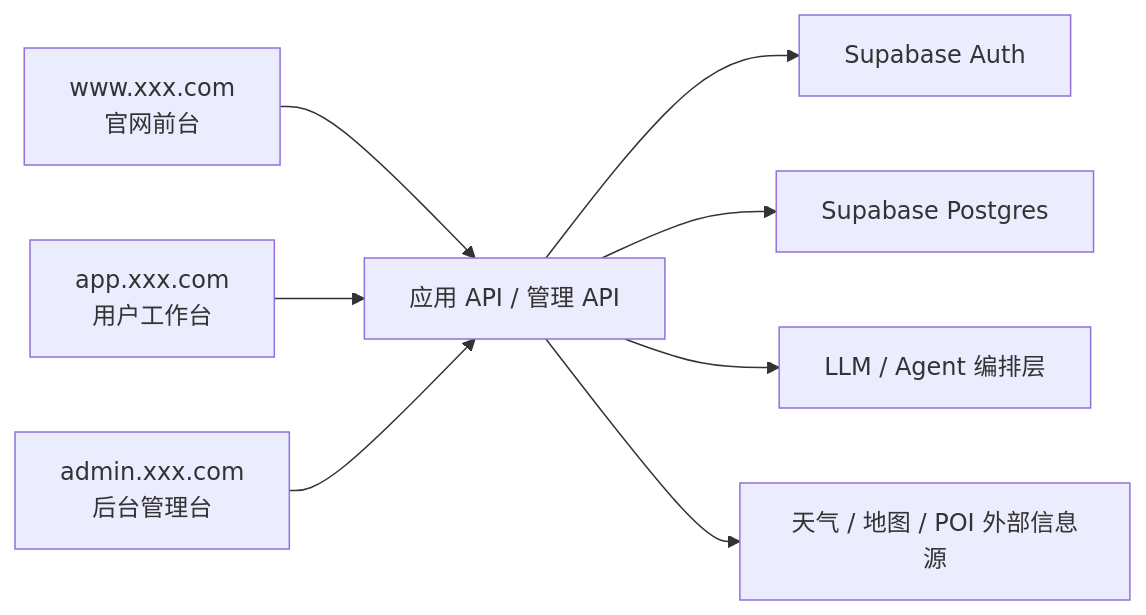
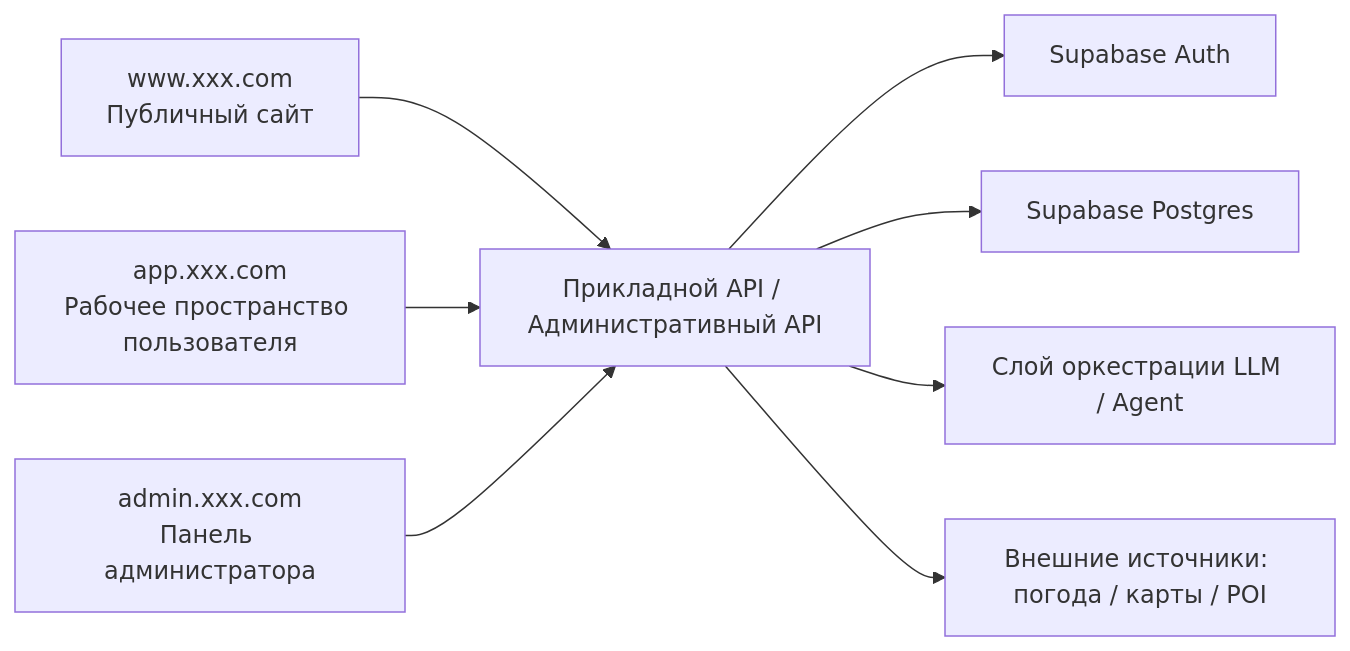
The first of 2 diagrams in docs/ru-ru/stage-2/assignments/travel-planning-agent-platform/PRD.md (Libertad-Harbour-LLC/study_vibe), drawn with Mermaid before and after one commit. The commit also changed other lines of this file and 1 other file, not shown here.

````diff
--- a/docs/ru-ru/stage-2/assignments/travel-planning-agent-platform/PRD.md
+++ b/docs/ru-ru/stage-2/assignments/travel-planning-agent-platform/PRD.md
@@ -15,10 +15,10 @@
 ```mermaid
 flowchart LR
-  WWW["www.xxx.com<br/>官网前台"] --> API["应用 API / 管理 API"]
-  APP["app.xxx.com<br/>用户工作台"] --> API
-  ADMIN["admin.xxx.com<br/>后台管理台"] --> API
+  WWW["www.xxx.com<br/>Публичный сайт"] --> API["Прикладной API / Административный API"]
+  APP["app.xxx.com<br/>Рабочее пространство пользователя"] --> API
+  ADMIN["admin.xxx.com<br/>Панель администратора"] --> API
   API --> AUTH["Supabase Auth"]
   API --> DB["Supabase Postgres"]
-  API --> MODEL["LLM / Agent 编排层"]
-  API --> EXT["天气 / 地图 / POI 外部信息源"]
+  API --> MODEL["Слой оркестрации LLM / Agent"]
+  API --> EXT["Внешние источники: погода / карты / POI"]
 ```
````
